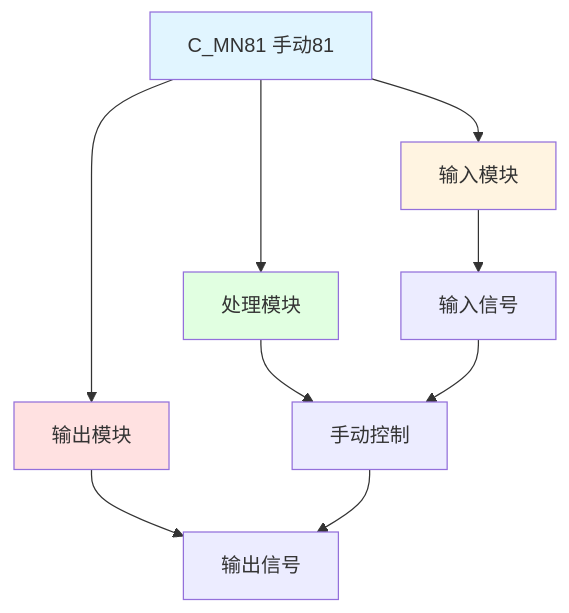
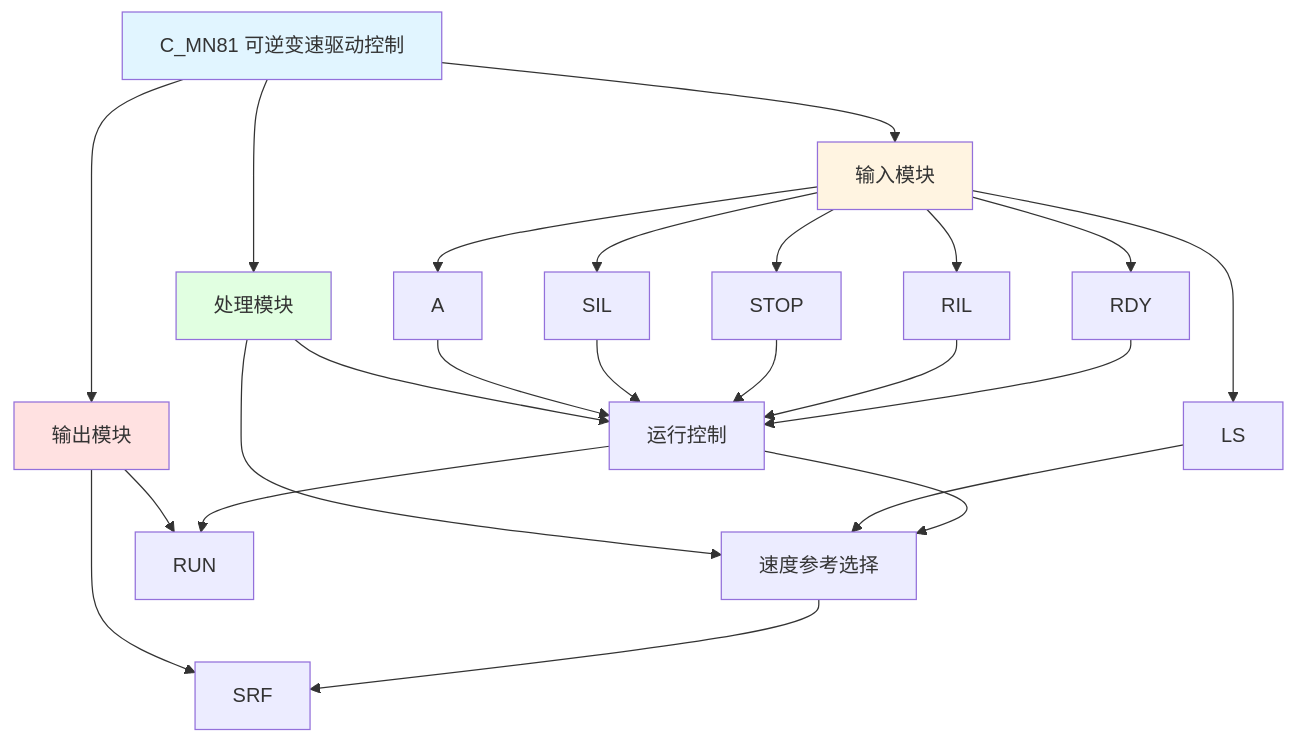
One commit to dlgt6/c changed the diagram in C_MN81_分析报告.md. Above: the diagram before and after it, drawn with Mermaid. The commit also changed other lines of this file and 25 other files, not shown here.

````diff
--- a/C_MN81_分析报告.md
+++ b/C_MN81_分析报告.md
@@ -19,20 +29,34 @@
 ```mermaid
 graph TD
-    A[C_MN81 手动81] --> B[输入模块]
+    A[C_MN81 可逆变速驱动控制] --> B[输入模块]
     A --> C[处理模块]
     A --> D[输出模块]
     
-    B --> B1[输入信号]
+    B --> B1[A]
+    B --> B2[SIL]
+    B --> B3[STOP]
+    B --> B4[RIL]
+    B --> B5[RDY]
+    B --> B6[LS]
     
-    C --> C1[手动控制]
+    C --> C1[运行控制]
+    C --> C2[速度参考选择]
     
-    D --> D1[输出信号]
+    D --> D1[RUN]
+    D --> D2[SRF]
     
     B1 --> C1
+    B2 --> C1
+    B3 --> C1
+    B4 --> C1
+    B5 --> C1
     C1 --> D1
+    B6 --> C2
+    C1 --> C2
+    C2 --> D2
     
     style A fill:#e1f5ff
     style B fill:#fff4e1
     style C fill:#e1ffe1
     style D fill:#ffe1e1
 ```
````
